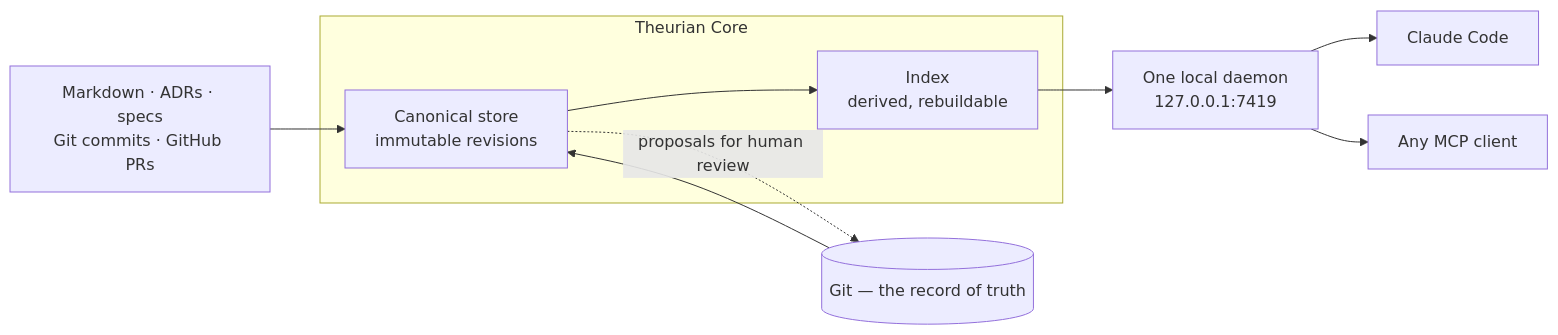
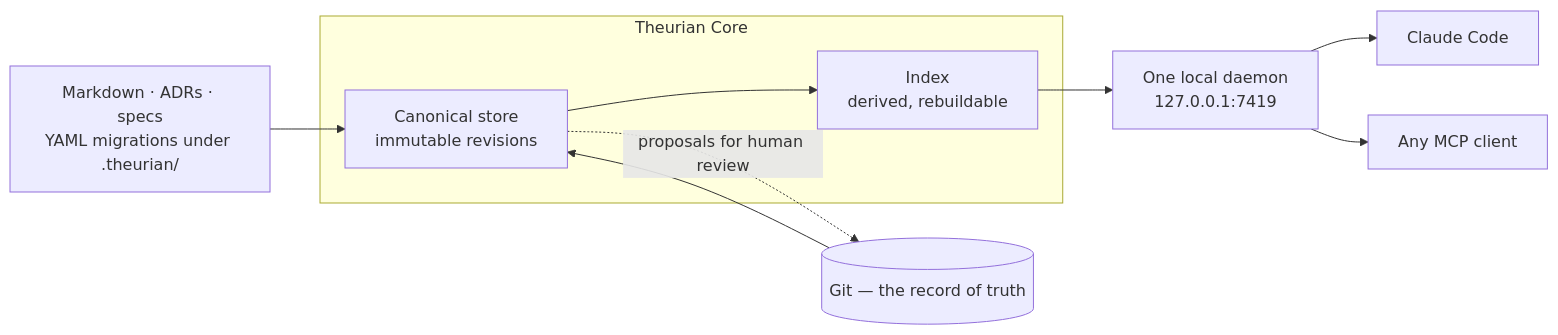
The diagram in README.md (theurian/theurian), drawn with Mermaid before and after one commit. The commit also changed other lines of this file, not shown here.

````diff
--- a/README.md
+++ b/README.md
@@ -221,20 +307,20 @@
 ```mermaid
 flowchart LR
-    SRC["Markdown · ADRs · specs<br/>Git commits · GitHub PRs"]
+    SRC["Markdown · ADRs · specs<br/>YAML migrations under .theurian/"]
     GIT[("Git — the record of truth")]
     subgraph CORE["Theurian Core"]
         STORE["Canonical store<br/>immutable revisions"]
         IDX["Index<br/>derived, rebuildable"]
         STORE --> IDX
     end
     MCP["One local daemon<br/>127.0.0.1:7419"]
     CC["Claude Code"]
     ANY["Any MCP client"]
 
     SRC --> STORE
     GIT --> STORE
     STORE -.->|proposals for human review| GIT
     IDX --> MCP
     MCP --> CC
     MCP --> ANY
 ```
````
